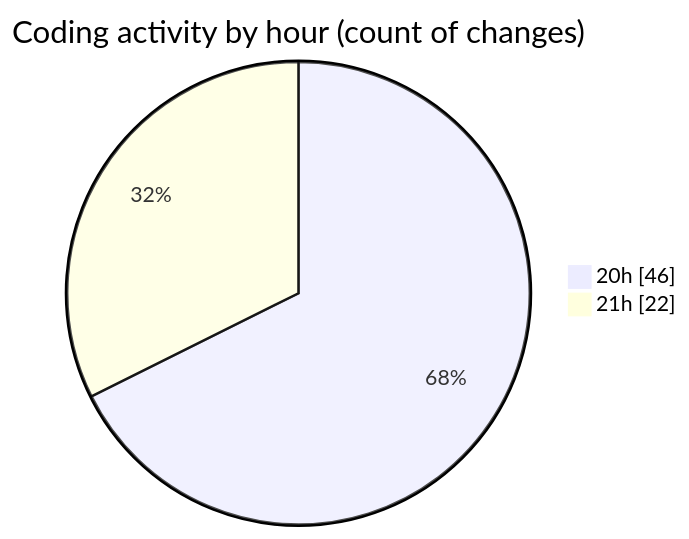
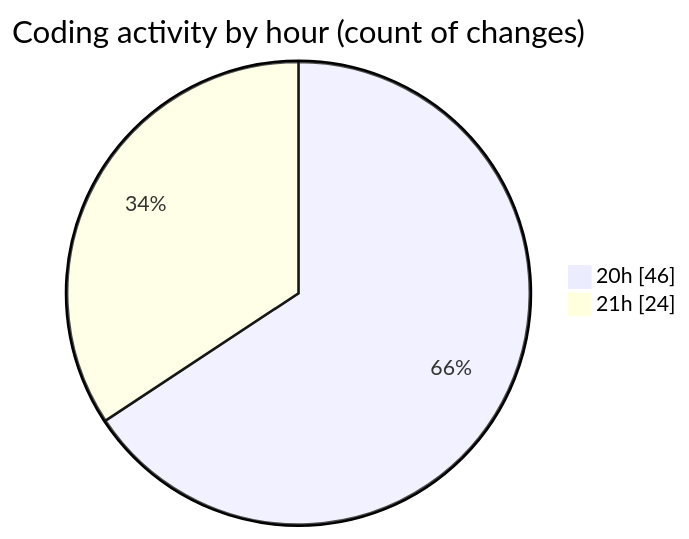
One commit to Netris89/code-tracking changed the second of 2 diagrams in 2025-10-29/skintrack/README.md. Above: the diagram before and after it, drawn with Mermaid. The commit also changed other lines of this file and 1 other file, not shown here.

````diff
--- a/2025-10-29/skintrack/README.md
+++ b/2025-10-29/skintrack/README.md
@@ -45,6 +45,6 @@
 ```mermaid
 pie showData
 title Coding activity by hour (count of changes)
 "20h" : 46
-"21h" : 22
+"21h" : 24
 ```
````
